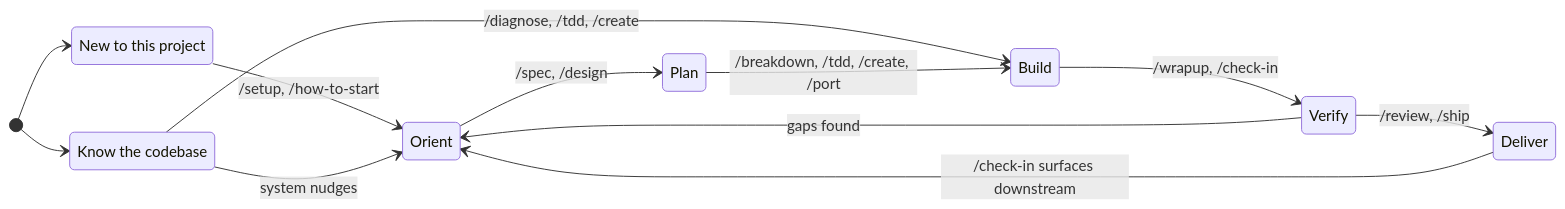
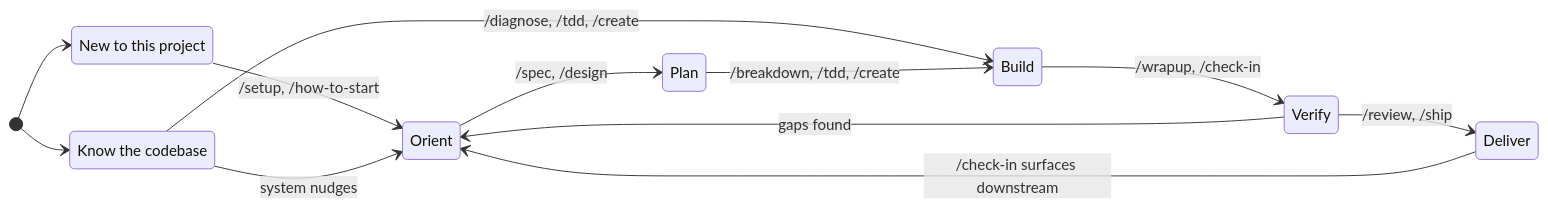
One commit to Max-Zhuuu/waypoint-skills changed the first of 2 diagrams in README.md. Above: the diagram before and after it, drawn with Mermaid. The commit also changed other lines of this file and 23 other files, not shown here.

````diff
--- a/README.md
+++ b/README.md
@@ -200,28 +199,28 @@
 ```mermaid
 stateDiagram-v2
     direction LR
 
     state "New to this project" as newcomer
     state "Know the codebase" as experienced
 
     state "Orient" as orient
     state "Plan" as plan
     state "Build" as build
     state "Verify" as verify
     state "Deliver" as deliver
 
     [*] --> newcomer
     [*] --> experienced
 
     newcomer --> orient : /setup, /how-to-start
     experienced --> build : /diagnose, /tdd, /create
 
     orient --> plan : /spec, /design
-    plan --> build : /breakdown, /tdd, /create, /port
+    plan --> build : /breakdown, /tdd, /create
     build --> verify : /wrapup, /check-in
     verify --> deliver : /review, /ship
     deliver --> orient : /check-in surfaces downstream
     verify --> orient : gaps found
 
     experienced --> orient : system nudges
 ```
````
